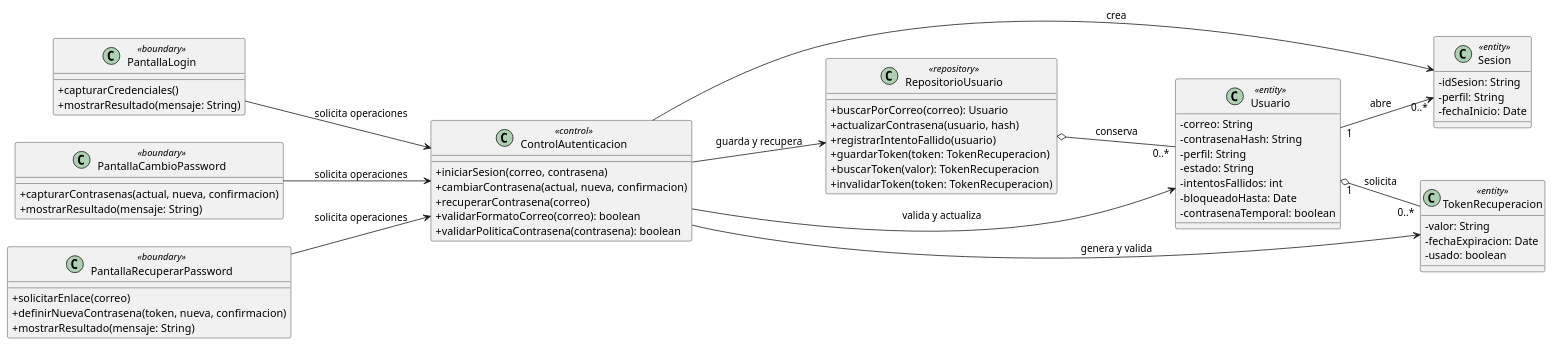
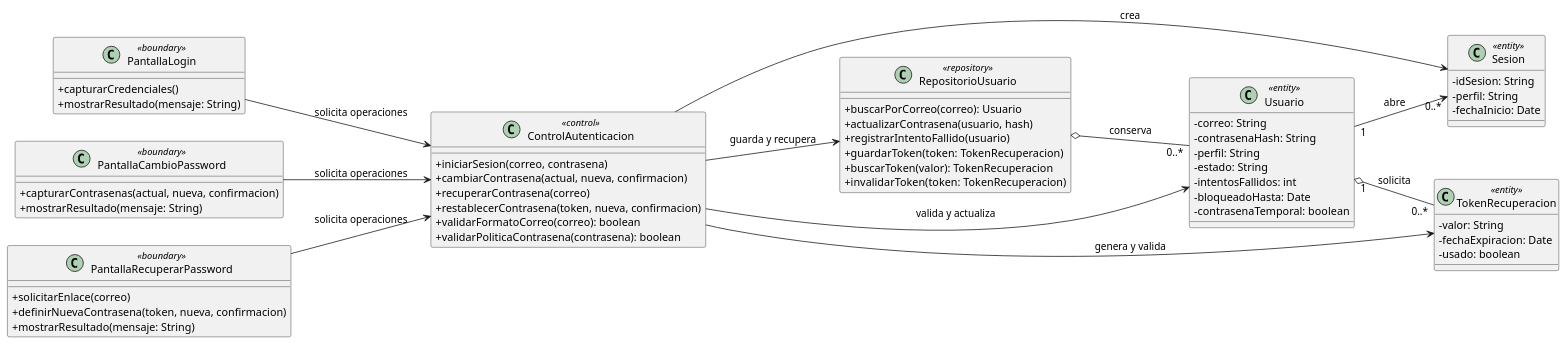
Before and after one commit to andrescardenase77-web/AndresCardenas_36839_G3_ADSW: the diagram in sic-modelado/CU01_AccederSistema.puml, drawn with PlantUML.

Commit message:
Modelado del CU-01 V2 agrega restablecerContrasena para alinear con la secuencia

```diff
--- a/sic-modelado/CU01_AccederSistema.puml
+++ b/sic-modelado/CU01_AccederSistema.puml
@@ -1,75 +1,76 @@
 @startuml 
  /' 
  Archivo: CU01_AccederSistema.puml 
  Versión: v1.0 | Fecha: 2026-11-11 | Equipo: Cárdenas, Bohórquez, Benalcázar 
  Trazabilidad: RF-04, RF-05, RF-27 -> CU-01 -> Sprint 1 
  Modelo LLM: Claude (Anthropic) 
  PROMPT: Actúa como analista de software. Con los requisitos atómicos RF-04, RF-05 
  y RF-27 del CU-01 (iniciar sesión, cambiar y recuperar contraseña) genera un 
  diagrama de clases de análisis en PlantUML con boundary, control, entity y 
  repository. Usa ControlAutenticacion como único control. Solo código PlantUML. 
  '/ 
  skinparam classAttributeIconSize 0 
  skinparam shadowing false 
  left to right direction 
   
 class PantallaLogin <<boundary>> { 
    +capturarCredenciales() 
    +mostrarResultado(mensaje: String) 
  } 
  class PantallaCambioPassword <<boundary>> { 
    +capturarContrasenas(actual, nueva, confirmacion) 
    +mostrarResultado(mensaje: String) 
  } 
  class PantallaRecuperarPassword <<boundary>> { 
    +solicitarEnlace(correo) 
    +definirNuevaContrasena(token, nueva, confirmacion) 
    +mostrarResultado(mensaje: String)
    
  } 
  class ControlAutenticacion <<control>> { 
    +iniciarSesion(correo, contrasena) 
    +cambiarContrasena(actual, nueva, confirmacion) 
-   +recuperarContrasena(correo) 
+   +recuperarContrasena(correo)
+   +restablecerContrasena(token, nueva, confirmacion)
    +validarFormatoCorreo(correo): boolean 
    +validarPoliticaContrasena(contrasena): boolean 
  } 
  class Usuario <<entity>> { 
    -correo: String 
    -contrasenaHash: String 
    -perfil: String 
    -estado: String 
    -intentosFallidos: int 
    -bloqueadoHasta: Date 
    -contrasenaTemporal: boolean 
  } 
  class Sesion <<entity>> { 
    -idSesion: String 
    -perfil: String 
    -fechaInicio: Date 
  } 
  class TokenRecuperacion <<entity>> { 
    -valor: String 
    -fechaExpiracion: Date 
    -usado: boolean 
  } 
  class RepositorioUsuario <<repository>> { 
    +buscarPorCorreo(correo): Usuario 
    +actualizarContrasena(usuario, hash) 
    +registrarIntentoFallido(usuario) 
    +guardarToken(token: TokenRecuperacion) 
    +buscarToken(valor): TokenRecuperacion 
    +invalidarToken(token: TokenRecuperacion) 
  } 
   
 PantallaLogin --> ControlAutenticacion : solicita operaciones 
  PantallaCambioPassword --> ControlAutenticacion : solicita operaciones 
  PantallaRecuperarPassword --> ControlAutenticacion : solicita operaciones 
  ControlAutenticacion --> Usuario : valida y actualiza 
  ControlAutenticacion --> Sesion : crea 
  ControlAutenticacion --> TokenRecuperacion : genera y valida 
  ControlAutenticacion --> RepositorioUsuario : guarda y recupera 
  RepositorioUsuario o-- "0..*" Usuario : conserva 
  Usuario "1" o-- "0..*" TokenRecuperacion : solicita 
  Usuario "1" --> "0..*" Sesion : abre 
  @enduml 
```
